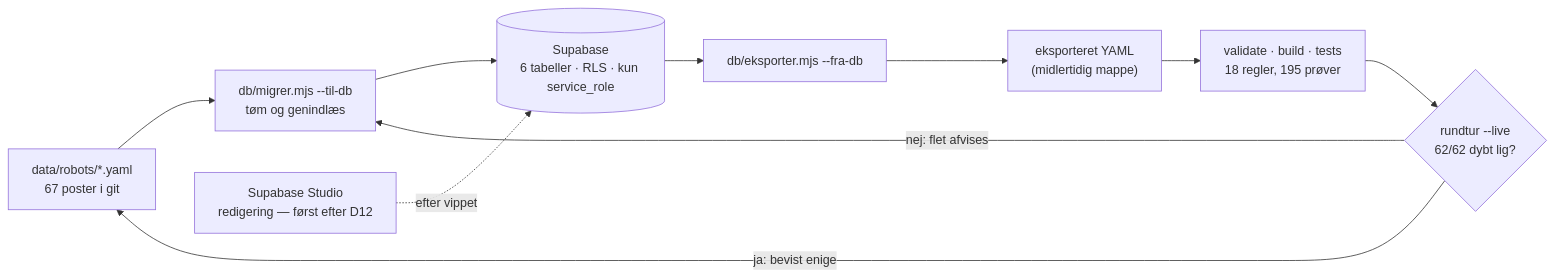
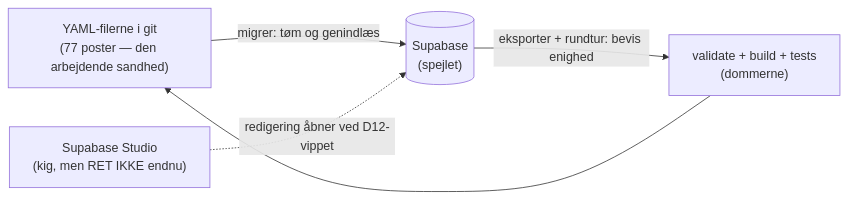
The second of 2 diagrams in db/DIAGRAM.md (Thygeb/QuadrupedCatalog), drawn with Mermaid before and after one commit. The commit also changed other lines of this file, not shown here.

Commit message:
db/DIAGRAM.md: skrevet om i lavpraktisk form - enums og felter forklaret med eksempler

````diff
--- a/db/DIAGRAM.md
+++ b/db/DIAGRAM.md
@@ -11,17 +172,12 @@
 ```mermaid
 flowchart LR
-  yaml["data/robots/*.yaml<br/>67 poster i git"]
-  mig["db/migrer.mjs --til-db<br/>tøm og genindlæs"]
-  db[("Supabase<br/>6 tabeller · RLS · kun service_role")]
-  studio["Supabase Studio<br/>redigering — først efter D12"]
-  eks["db/eksporter.mjs --fra-db"]
-  ud["eksporteret YAML<br/>(midlertidig mappe)"]
-  port["validate · build · tests<br/>18 regler, 195 prøver"]
-  rt{"rundtur --live<br/>62/62 dybt lig?"}
+  yaml["YAML-filerne i git<br/>(77 poster — den arbejdende sandhed)"]
+  db[("Supabase<br/>(spejlet)")]
+  studio["Supabase Studio<br/>(kig, men RET IKKE endnu)"]
+  port["validate + build + tests<br/>(dommerne)"]
 
-  yaml --> mig --> db
-  db --> eks --> ud --> port --> rt
-  rt -- "ja: bevist enige" --> yaml
-  studio -. "efter vippet" .-> db
-  rt -- "nej: flet afvises" --> mig
+  yaml -- "migrer: tøm og genindlæs" --> db
+  db -- "eksporter + rundtur: bevis enighed" --> port
+  port --> yaml
+  studio -. "redigering åbner ved D12-vippet" .-> db
 ```
````
